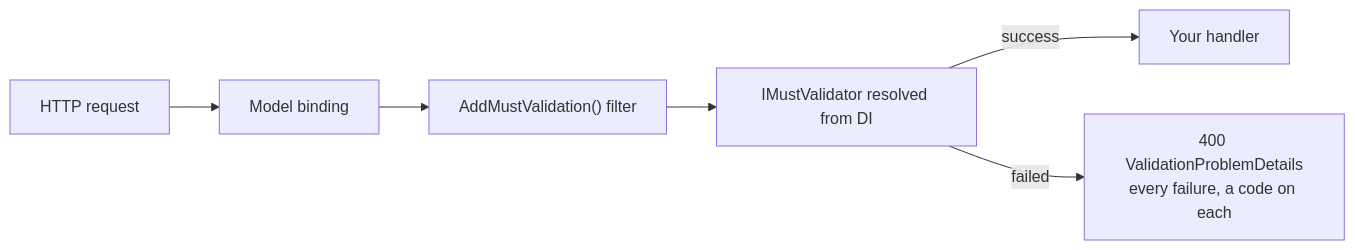
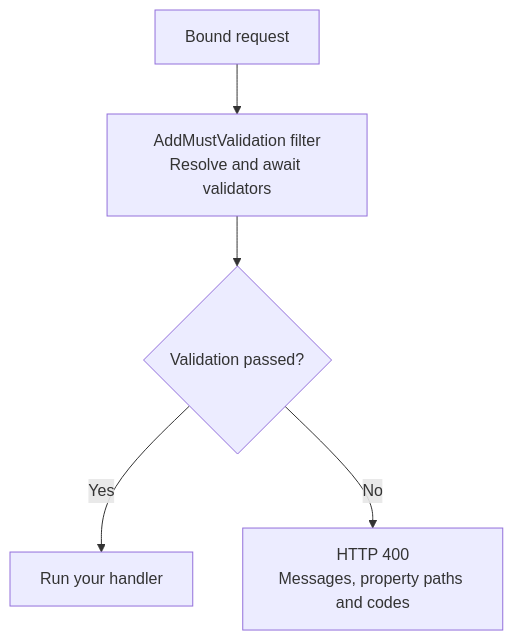
Before and after one commit to stevomccormack/PineGuard: the second of 3 diagrams in README.md, drawn with Mermaid. The commit also changed other lines of this file and 5 other files, not shown here.

````diff
--- a/README.md
+++ b/README.md
@@ -377,7 +403,7 @@
 ```mermaid
-flowchart LR
-    Req["HTTP request"] --> Bind["Model binding"] --> Filter["AddMustValidation() filter"]
-    Filter --> V["IMustValidator resolved from DI"]
-    V -->|"success"| Handler["Your handler"]
-    V -->|"failed"| P400["400 ValidationProblemDetails<br/>every failure, a code on each"]
+flowchart TB
+    Req["Bound request"] --> V["AddMustValidation filter<br/>Resolve and await validators"]
+    V --> Result{"Validation passed?"}
+    Result -->|"Yes"| Handler["Run your handler"]
+    Result -->|"No"| P400["HTTP 400<br/>Messages, property paths and codes"]
 ```
````
